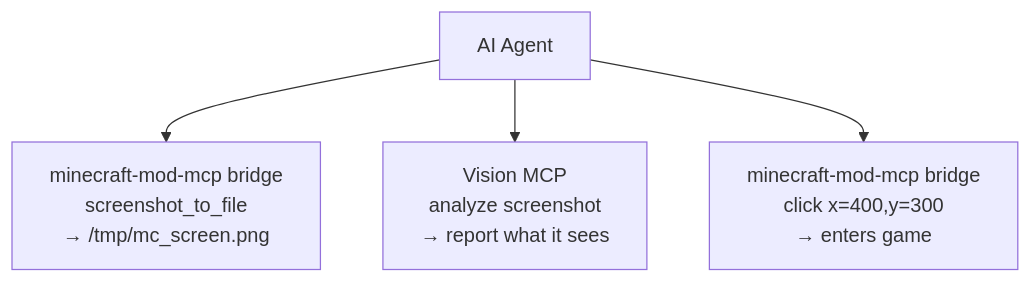
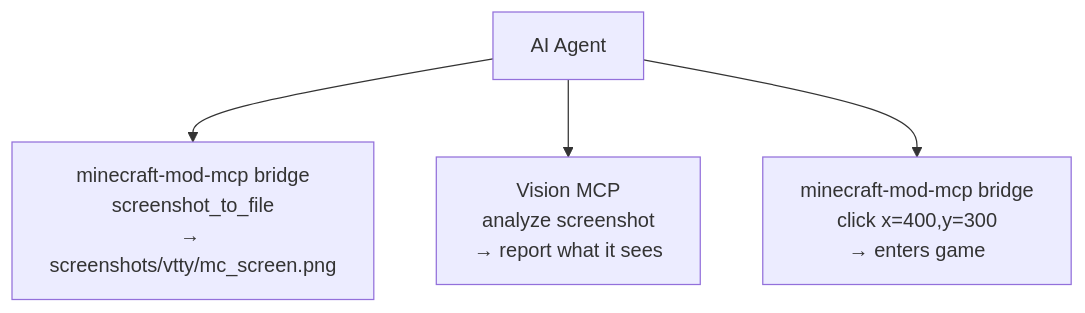
Before and after one commit to langyo/minecraft-mod-mcp: the second of 2 diagrams in docs/guides/en/AI-TOOLS.md, drawn with Mermaid. The commit also changed other lines of this file and 234 other files, not shown here.

````diff
--- a/docs/guides/en/AI-TOOLS.md
+++ b/docs/guides/en/AI-TOOLS.md
@@ -602,7 +602,7 @@
 ```mermaid
 flowchart TD
     A["AI Agent"]
-    A --> B["minecraft-mod-mcp bridge<br/>screenshot_to_file<br/>→ /tmp/mc_screen.png"]
+    A --> B["minecraft-mod-mcp bridge<br/>screenshot_to_file<br/>→ screenshots/vtty/mc_screen.png"]
     A --> C["Vision MCP<br/>analyze screenshot<br/>→ report what it sees"]
     A --> D["minecraft-mod-mcp bridge<br/>click x=400,y=300<br/>→ enters game"]
 ```
````
